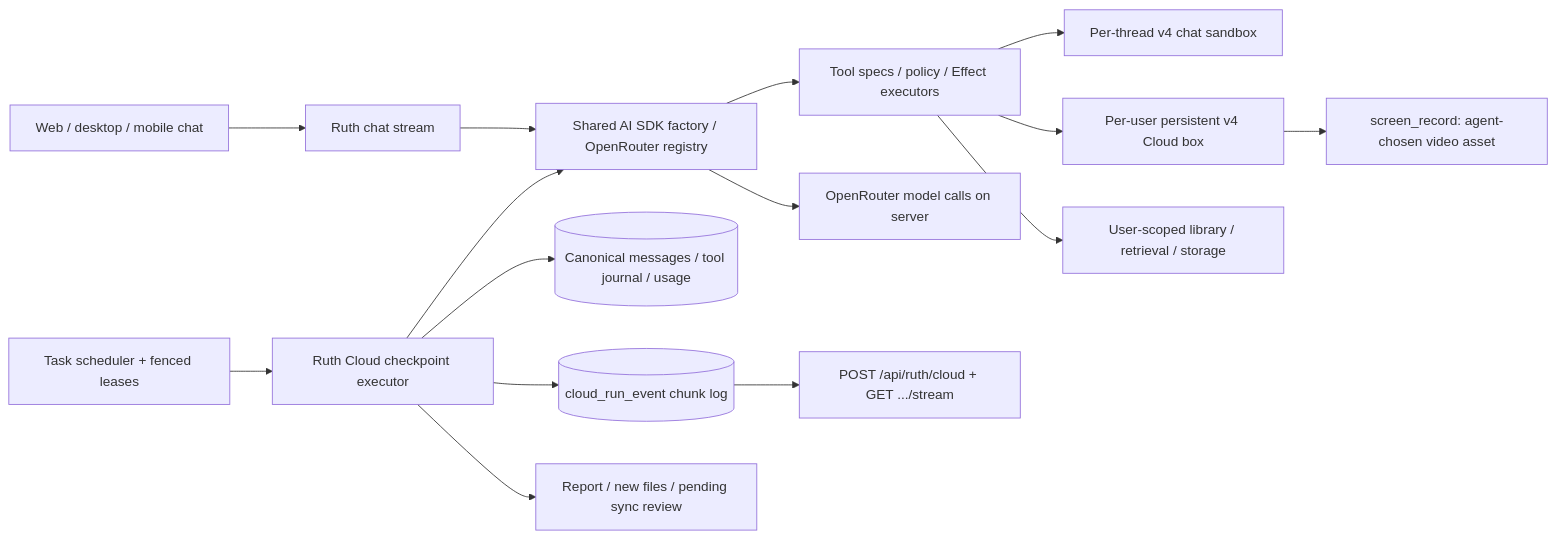
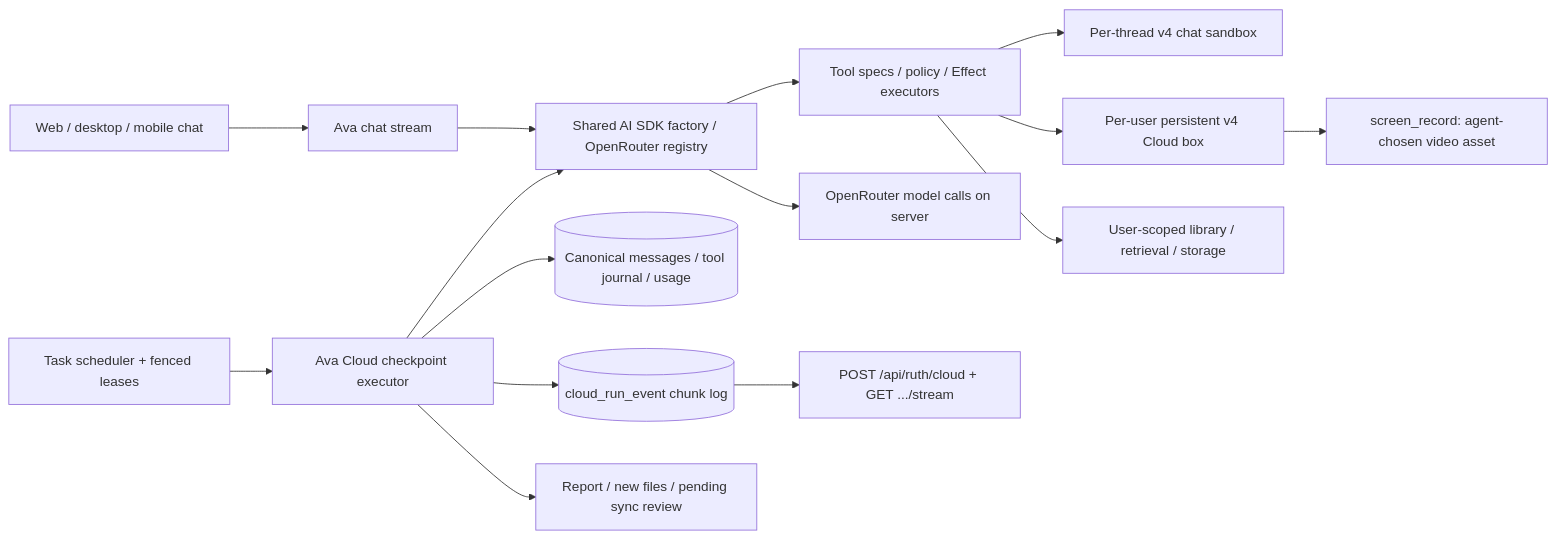
Before and after one commit to thedamod/avenire: the diagram in docs/design/ruth.md, drawn with Mermaid. The commit also changed other lines of this file and 132 other files, not shown here.

First line of the commit message:
Rename Ruth to Ava and support Hyprland capture

````diff
--- a/docs/design/ruth.md
+++ b/docs/design/ruth.md
@@ -8,17 +8,17 @@
 ```mermaid
 flowchart LR
-  Chat[Web / desktop / mobile chat] --> Ruth[Ruth chat stream]
-  Scheduler[Task scheduler + fenced leases] --> Cloud[Ruth Cloud checkpoint executor]
-  Ruth --> Factory[Shared AI SDK factory / OpenRouter registry]
+  Chat[Web / desktop / mobile chat] --> Ava[Ava chat stream]
+  Scheduler[Task scheduler + fenced leases] --> Cloud[Ava Cloud checkpoint executor]
+  Ava --> Factory[Shared AI SDK factory / OpenRouter registry]
   Cloud --> Factory
   Factory --> Tools[Tool specs / policy / Effect executors]
   Factory --> Models[OpenRouter model calls on server]
   Tools --> Ephemeral[Per-thread v4 chat sandbox]
   Tools --> Persistent[Per-user persistent v4 Cloud box]
   Tools --> Library[User-scoped library / retrieval / storage]
   Cloud --> DB[(Canonical messages / tool journal / usage)]
   Persistent --> Recording[screen_record: agent-chosen video asset]
   Cloud --> Events[(cloud_run_event chunk log)]
   Events --> Stream[POST /api/ruth/cloud + GET .../stream]
   Cloud --> Review[Report / new files / pending sync review]
 ```
````
